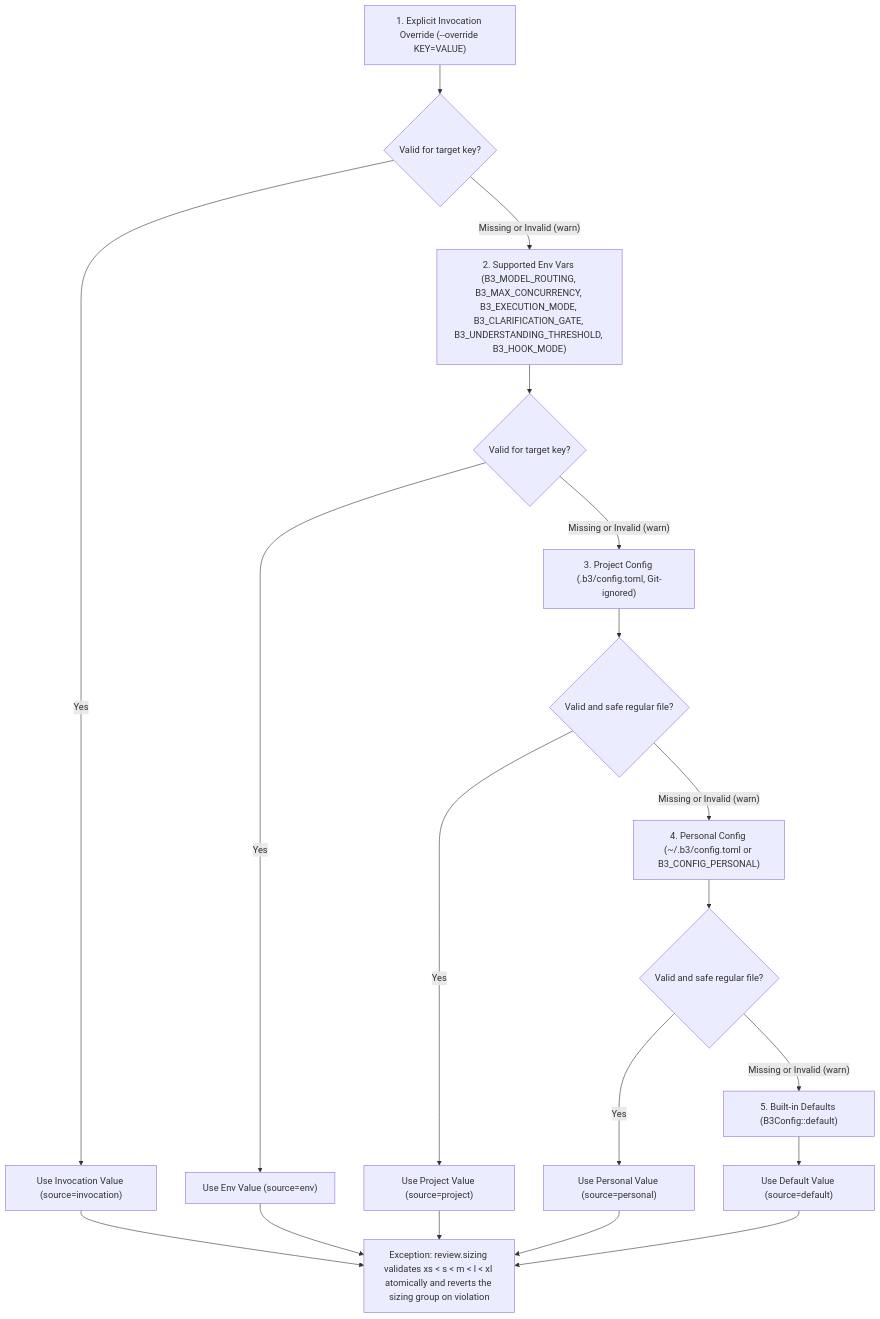
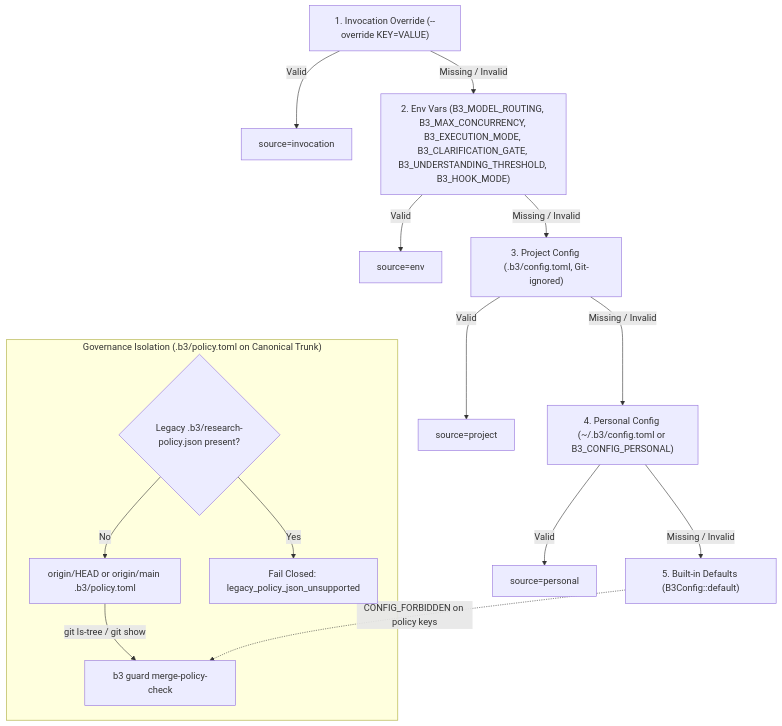
One commit to hptbee/b3_ai-engineering changed the first of 2 diagrams in docs/configuration.md. Above: the diagram before and after it, drawn with Mermaid. The commit also changed other lines of this file and 56 other files, not shown here.

````diff
--- a/docs/configuration.md
+++ b/docs/configuration.md
@@ -19,25 +19,19 @@
 ```mermaid
 flowchart TD
-    L1["1. Explicit Invocation Override (--override KEY=VALUE)"] --> Check1{"Valid for target key?"}
-    Check1 -->|"Yes"| Use1["Use Invocation Value (source=invocation)"]
-    Check1 -->|"Missing or Invalid (warn)"| L2["2. Supported Env Vars (B3_MODEL_ROUTING, B3_MAX_CONCURRENCY, B3_EXECUTION_MODE, B3_CLARIFICATION_GATE, B3_UNDERSTANDING_THRESHOLD, B3_HOOK_MODE)"]
+    L1["1. Invocation Override (--override KEY=VALUE)"] -->|Valid| Use1["source=invocation"]
+    L1 -->|Missing / Invalid| L2["2. Env Vars (B3_MODEL_ROUTING, B3_MAX_CONCURRENCY, B3_EXECUTION_MODE, B3_CLARIFICATION_GATE, B3_UNDERSTANDING_THRESHOLD, B3_HOOK_MODE)"]
+    L2 -->|Valid| Use2["source=env"]
+    L2 -->|Missing / Invalid| L3["3. Project Config (.b3/config.toml, Git-ignored)"]
+    L3 -->|Valid| Use3["source=project"]
+    L3 -->|Missing / Invalid| L4["4. Personal Config (~/.b3/config.toml or B3_CONFIG_PERSONAL)"]
+    L4 -->|Valid| Use4["source=personal"]
+    L4 -->|Missing / Invalid| L5["5. Built-in Defaults (B3Config::default)"]
 
-    L2 --> Check2{"Valid for target key?"}
-    Check2 -->|"Yes"| Use2["Use Env Value (source=env)"]
-    Check2 -->|"Missing or Invalid (warn)"| L3["3. Project Config (.b3/config.toml, Git-ignored)"]
+    subgraph GOV["Governance Isolation (.b3/policy.toml on Canonical Trunk)"]
+        Trunk["origin/HEAD or origin/main .b3/policy.toml"] -->|"git ls-tree / git show"| GuardMP["b3 guard merge-policy-check"]
+        LegacyChk{"Legacy .b3/research-policy.json present?"} -->|Yes| FailClosed["Fail Closed: legacy_policy_json_unsupported"]
+        LegacyChk -->|No| Trunk
+    end
 
-    L3 --> Check3{"Valid and safe regular file?"}
-    Check3 -->|"Yes"| Use3["Use Project Value (source=project)"]
-    Check3 -->|"Missing or Invalid (warn)"| L4["4. Personal Config (~/.b3/config.toml or B3_CONFIG_PERSONAL)"]
-
-    L4 --> Check4{"Valid and safe regular file?"}
-    Check4 -->|"Yes"| Use4["Use Personal Value (source=personal)"]
-    Check4 -->|"Missing or Invalid (warn)"| L5["5. Built-in Defaults (B3Config::default)"]
-    L5 --> Use5["Use Default Value (source=default)"]
-
-    Use1 --> SizingNote["Exception: review.sizing validates xs < s < m < l < xl atomically and reverts the sizing group on violation"]
-    Use2 --> SizingNote
-    Use3 --> SizingNote
-    Use4 --> SizingNote
-    Use5 --> SizingNote
+    L5 -.->|"CONFIG_FORBIDDEN on policy keys"| GuardMP
 ```
````
